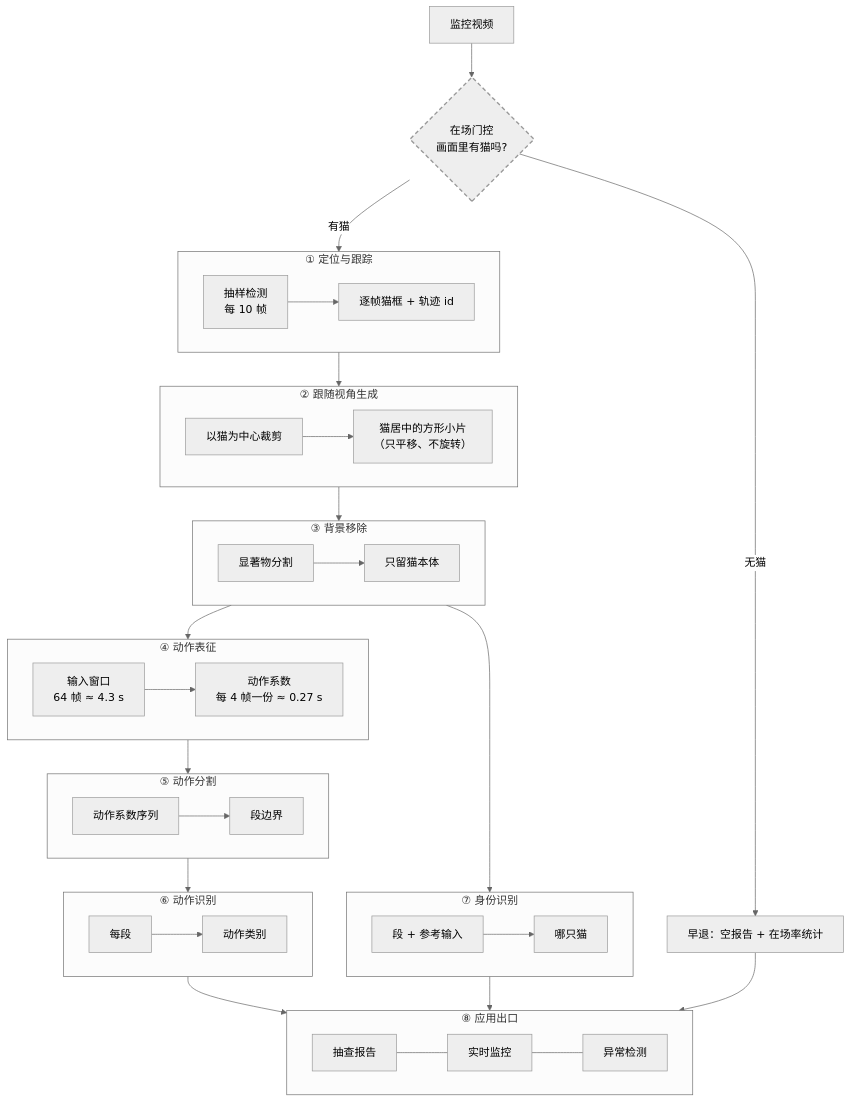
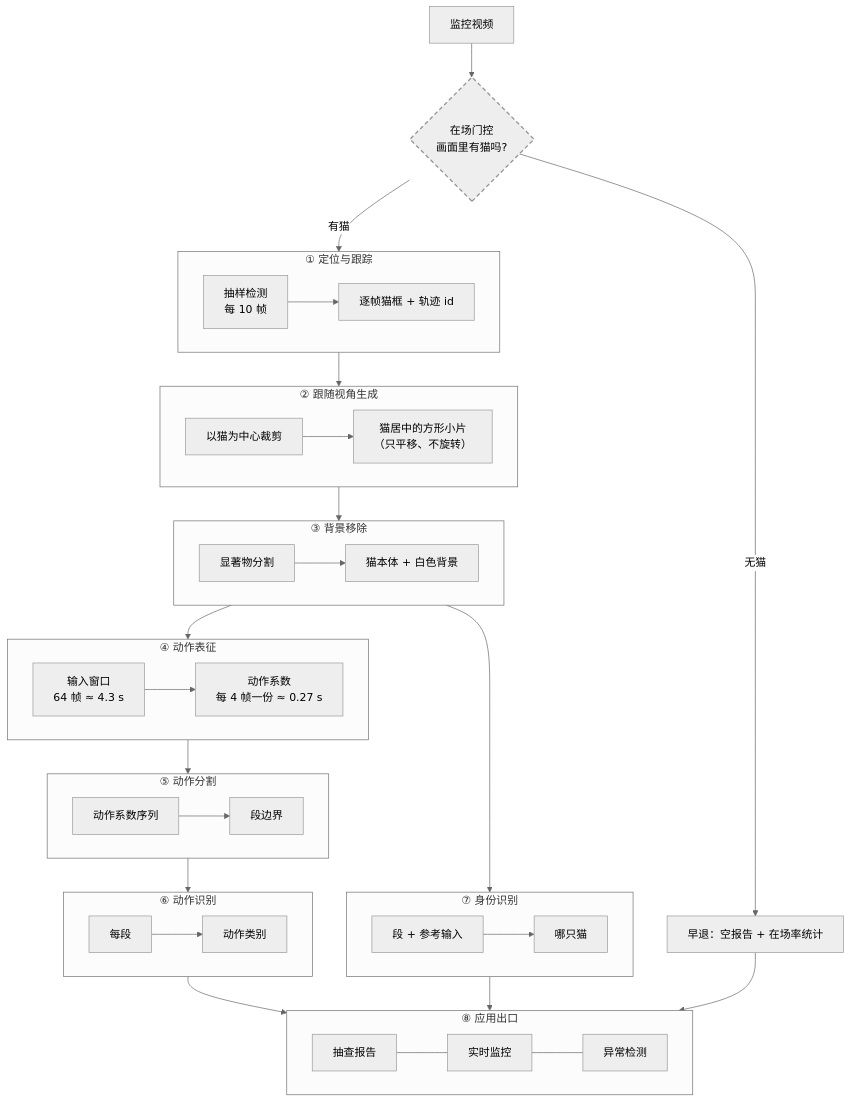
Before and after one commit to gongshangzheng/pet-action-recognition: the first of 4 diagrams in management/docs/architecture.md, drawn with Mermaid (neutral theme). The commit also changed 1 other file, not shown here.

Commit message:
fix(web): 修复 MarkdownRenderer 正则字面量裸斜杠导致的构建失败（字符类与 lookahead 内 / 转义）+ 背景移除总图节点恢复「猫本体 + 白色背景」

````diff
--- a/management/docs/architecture.md
+++ b/management/docs/architecture.md
@@ -26,58 +26,58 @@
 ```mermaid
 flowchart TD
     V[监控视频] --> GATE{"在场门控<br/>画面里有猫吗?"}
     GATE -->|"无猫"| EMPTY["早退：空报告 + 在场率统计"]
     GATE -->|"有猫"| S1
 
     subgraph S1["① 定位与跟踪"]
         direction LR
         A1["抽样检测<br/>每 10 帧"] --> A2["逐帧猫框 + 轨迹 id"]
     end
 
     subgraph S2["② 跟随视角生成"]
         direction LR
         B1["以猫为中心裁剪"] --> B2["猫居中的方形小片<br/>（只平移、不旋转）"]
     end
 
     subgraph S3["③ 背景移除"]
         direction LR
-        C1["显著物分割"] --> C2["只留猫本体"]
+        C1["显著物分割"] --> C2["猫本体 + 白色背景"]
     end
 
     subgraph S4["④ 动作表征"]
         direction LR
         D1["输入窗口<br/>64 帧 ≈ 4.3 s"] --> D2["动作系数<br/>每 4 帧一份 ≈ 0.27 s"]
     end
 
     subgraph S5["⑤ 动作分割"]
         direction LR
         G1["动作系数序列"] --> G2["段边界"]
     end
 
     subgraph S6["⑥ 动作识别"]
         direction LR
         H1["每段"] --> H2["动作类别"]
     end
 
     subgraph S7["⑦ 身份识别"]
         direction LR
         E1["段 + 参考输入"] --> E2["哪只猫"]
     end
 
     subgraph S8["⑧ 应用出口"]
         direction LR
         F1["抽查报告"] --- F2["实时监控"] --- F3["异常检测"]
     end
 
     S1 --> S2
     S2 --> S3
     S3 --> S4
     S4 --> S5
     S5 --> S6
     S6 --> S8
     S3 --> S7
     S7 --> S8
     EMPTY --> S8
 
     style GATE stroke-dasharray: 6 4,stroke-width:2px
 ```
````
